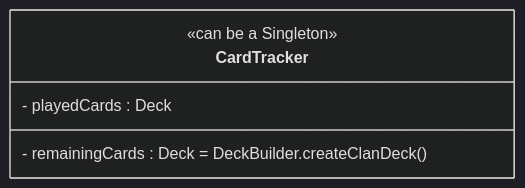
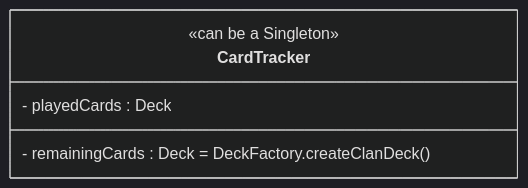
One commit to kilaposhi/Schotten-Totten changed the third of 3 diagrams in documentation/rapport_2.md. Above: the diagram before and after it, drawn with Mermaid (dark theme). The commit also changed other lines of this file and 7 other files, not shown here.

Commit message:
refactor DeckBuilder -> DeckFactory

````diff
--- a/documentation/rapport_2.md
+++ b/documentation/rapport_2.md
@@ -56,8 +56,8 @@
 ```mermaid
 classDiagram 
 class CardTracker{
 <<can be a Singleton>>
-- remainingCards : Deck = DeckBuilder.createClanDeck()
+- remainingCards : Deck = DeckFactory.createClanDeck()
 - playedCards : Deck
 }
 ```
````
